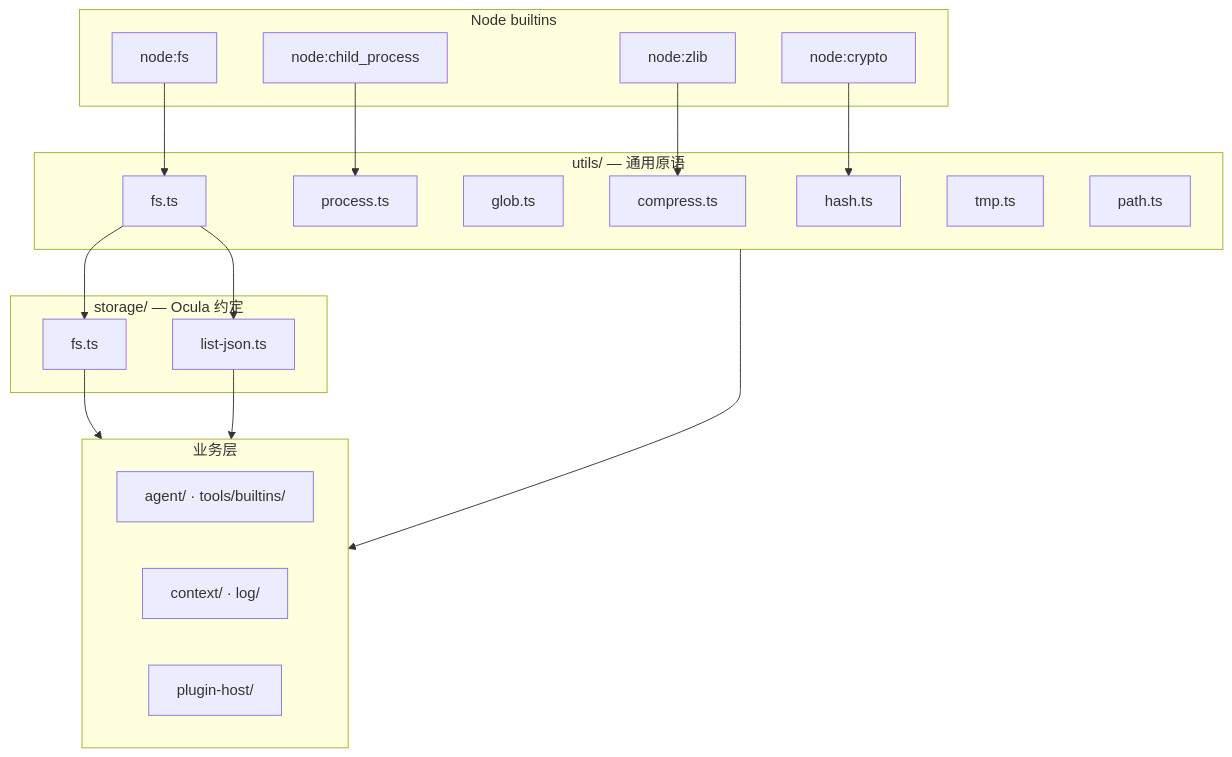
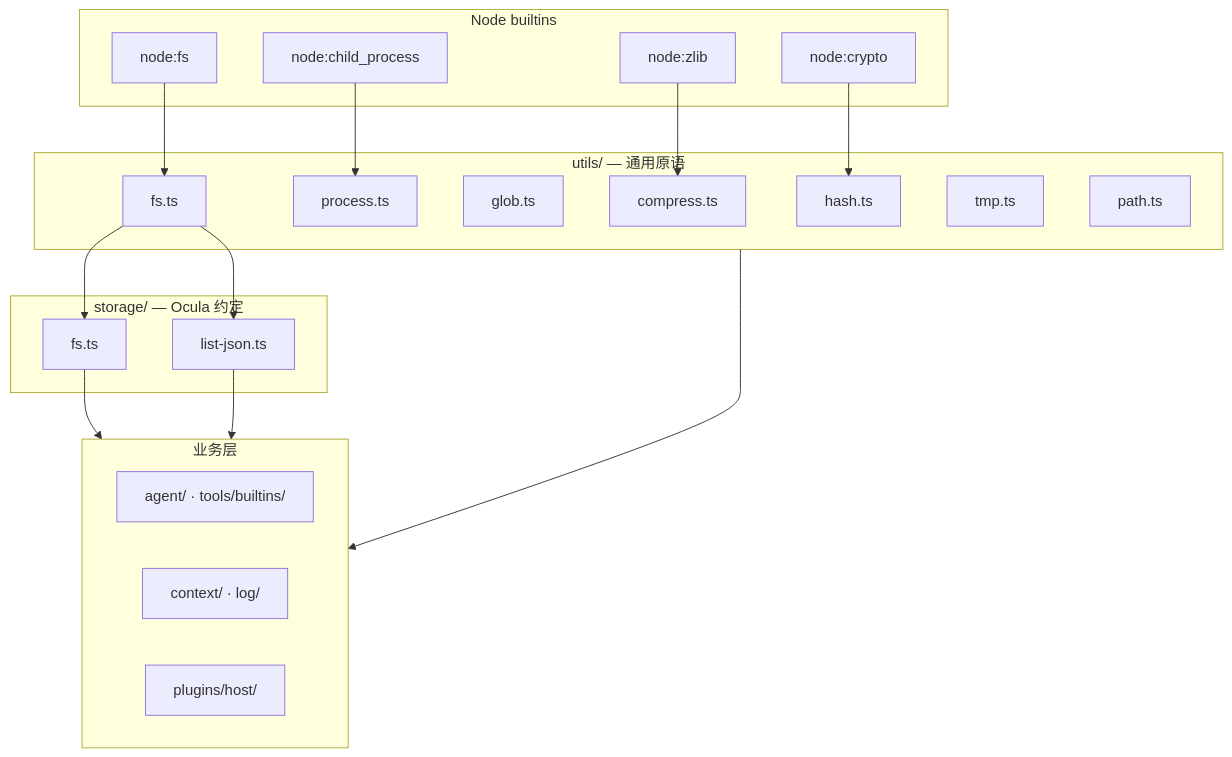
One commit to chendpoc/moontide changed the diagram in docs/notes/utils-infrastructure.md. Above: the diagram before and after it, drawn with Mermaid. The commit also changed other lines of this file and 23 other files, not shown here.

First line of the commit message:
refactor(plugins): consolidate plugin-host and plugin-sdk under plugins/.

````diff
--- a/docs/notes/utils-infrastructure.md
+++ b/docs/notes/utils-infrastructure.md
@@ -10,41 +10,41 @@
 ```mermaid
 flowchart TB
   subgraph node [Node builtins]
     fs[node:fs]
     cp[node:child_process]
     zlib[node:zlib]
     crypto[node:crypto]
   end
 
   subgraph utils [utils/ — 通用原语]
     ufs[fs.ts]
     uproc[process.ts]
     uglob[glob.ts]
     ucompress[compress.ts]
     uhash[hash.ts]
     utmp[tmp.ts]
     upath[path.ts]
   end
 
   subgraph storage [storage/ — Ocula 约定]
     sfs[fs.ts]
     slist[list-json.ts]
   end
 
   subgraph domain [业务层]
     agent[agent/ · tools/builtins/]
     context[context/ · log/]
-    plugin[plugin-host/]
+    plugin[plugins/host/]
   end
 
   fs --> ufs
   cp --> uproc
   zlib --> ucompress
   crypto --> uhash
 
   ufs --> sfs
   ufs --> slist
   sfs --> domain
   slist --> domain
   utils --> domain
 ```
````
